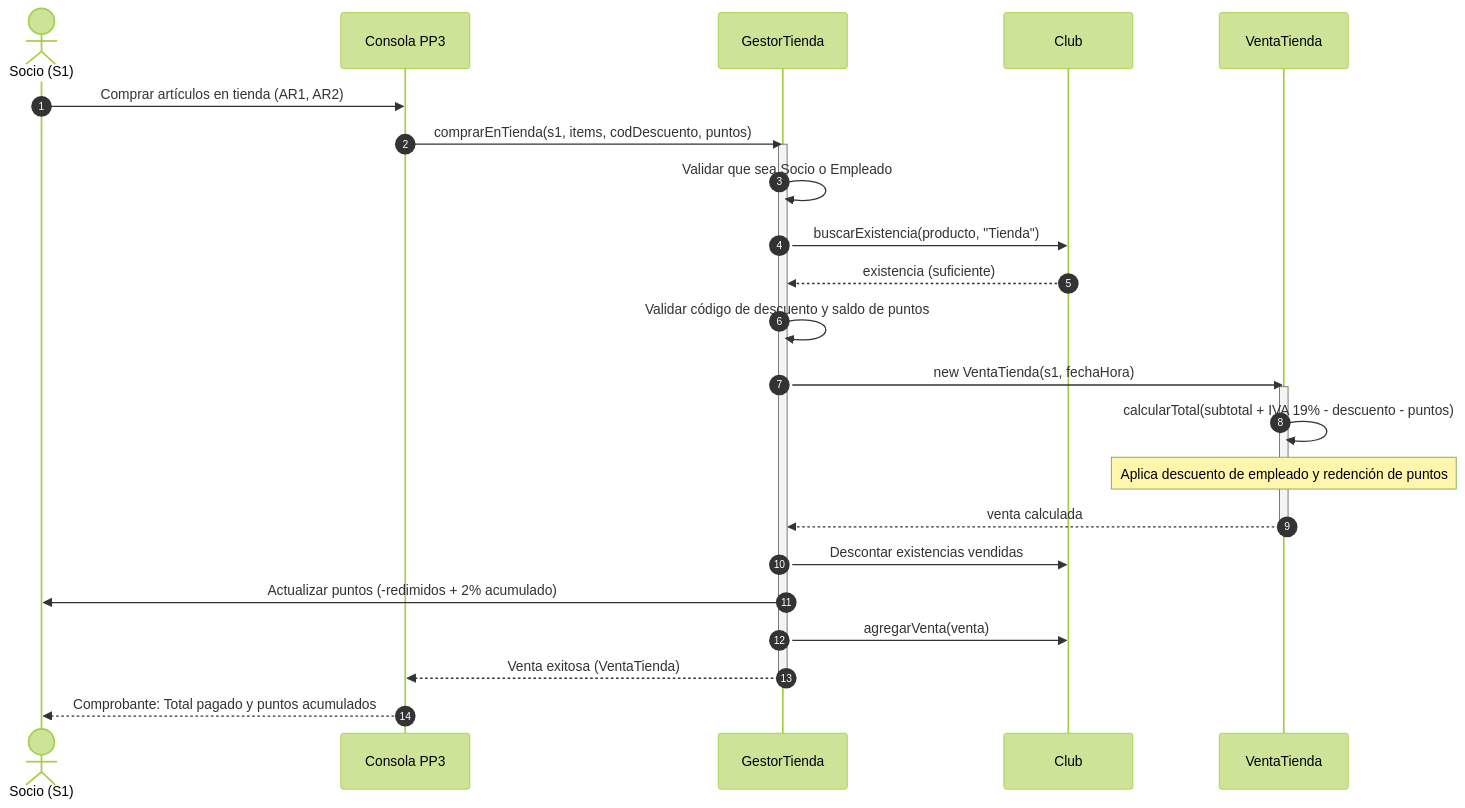
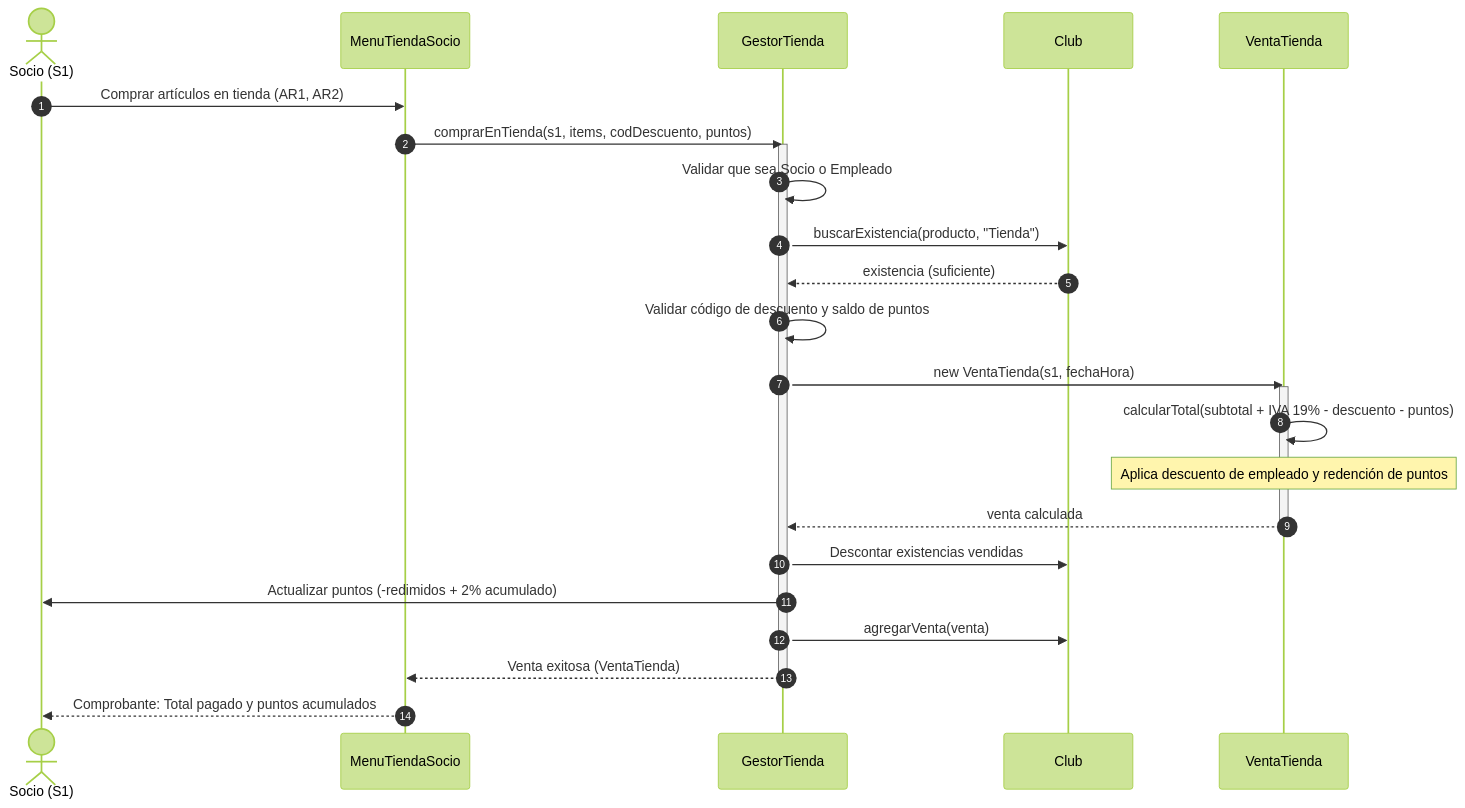
Before and after one commit to DPOO-Grupo1/Proyecto1: the diagram in Proyecto 2/Entrega única/docs/diagramas/secuencias/formato_raiz/secuencia_compra_tienda.mmd, drawn with Mermaid (forest theme). The commit also changed 4 other files, not shown here.

```diff
--- a/Proyecto 2/Entrega única/docs/diagramas/secuencias/formato_raiz/secuencia_compra_tienda.mmd
+++ b/Proyecto 2/Entrega única/docs/diagramas/secuencias/formato_raiz/secuencia_compra_tienda.mmd
@@ -1,33 +1,33 @@
 sequenceDiagram
     autonumber
     actor Socio as Socio (S1)
-    participant Consola as Consola PP3
+    participant Consola as MenuTiendaSocio
     participant Gestor as GestorTienda
     participant Club as Club
     participant Venta as VentaTienda
 
     Socio->>Consola: Comprar artículos en tienda (AR1, AR2)
     Consola->>Gestor: comprarEnTienda(s1, items, codDescuento, puntos)
 
     activate Gestor
     Gestor->>Gestor: Validar que sea Socio o Empleado
     Gestor->>Club: buscarExistencia(producto, "Tienda")
     Club-->>Gestor: existencia (suficiente)
 
     Gestor->>Gestor: Validar código de descuento y saldo de puntos
 
     Gestor->>Venta: new VentaTienda(s1, fechaHora)
     activate Venta
     Venta->>Venta: calcularTotal(subtotal + IVA 19% - descuento - puntos)
     Note over Venta: Aplica descuento de empleado y redención de puntos
     Venta-->>Gestor: venta calculada
     deactivate Venta
 
     Gestor->>Club: Descontar existencias vendidas
     Gestor->>Socio: Actualizar puntos (-redimidos + 2% acumulado)
     Gestor->>Club: agregarVenta(venta)
 
     Gestor-->>Consola: Venta exitosa (VentaTienda)
     deactivate Gestor
 
     Consola-->>Socio: Comprobante: Total pagado y puntos acumulados
```
